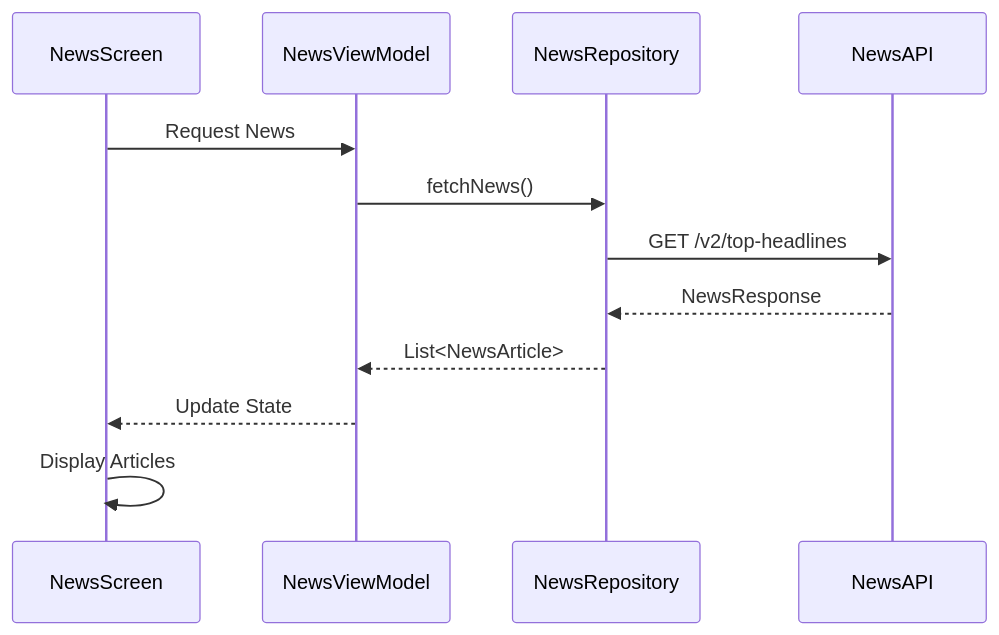
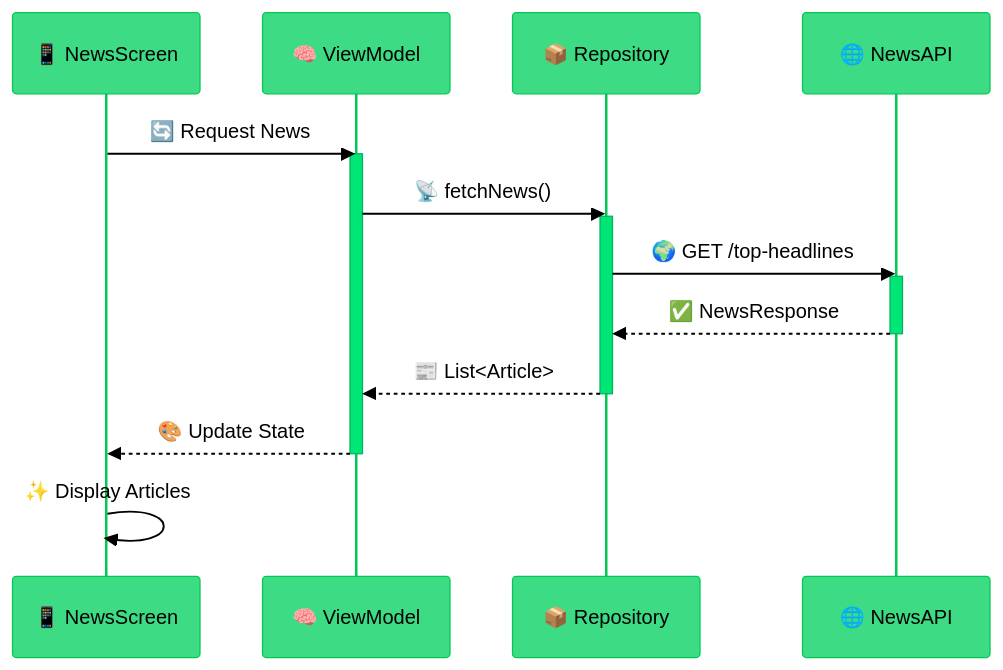
The second of 3 diagrams in README.md (DAlgoSculptor/Alzajeera-News-App), drawn with Mermaid before and after one commit. The commit also changed other lines of this file, not shown here.

````diff
--- a/README.md
+++ b/README.md
@@ -246,15 +566,22 @@
 ```mermaid
+%%{init: {'theme':'base', 'themeVariables': { 'primaryColor':'#3DDC84','primaryTextColor':'#000','primaryBorderColor':'#00C853','lineColor':'#3DDC84','secondaryColor':'#00E676','tertiaryColor':'#B2DFDB'}}}%%
 sequenceDiagram
-    participant UI as NewsScreen
-    participant VM as NewsViewModel
-    participant Repo as NewsRepository
-    participant API as NewsAPI
+    participant UI as 📱 NewsScreen
+    participant VM as 🧠 ViewModel
+    participant Repo as 📦 Repository
+    participant API as 🌐 NewsAPI
     
-    UI->>VM: Request News
-    VM->>Repo: fetchNews()
-    Repo->>API: GET /v2/top-headlines
-    API-->>Repo: NewsResponse
-    Repo-->>VM: List<NewsArticle>
-    VM-->>UI: Update State
-    UI->>UI: Display Articles
+    UI->>VM: 🔄 Request News
+    activate VM
+    VM->>Repo: 📡 fetchNews()
+    activate Repo
+    Repo->>API: 🌍 GET /top-headlines
+    activate API
+    API-->>Repo: ✅ NewsResponse
+    deactivate API
+    Repo-->>VM: 📰 List<Article>
+    deactivate Repo
+    VM-->>UI: 🎨 Update State
+    deactivate VM
+    UI->>UI: ✨ Display Articles
 ```
````
